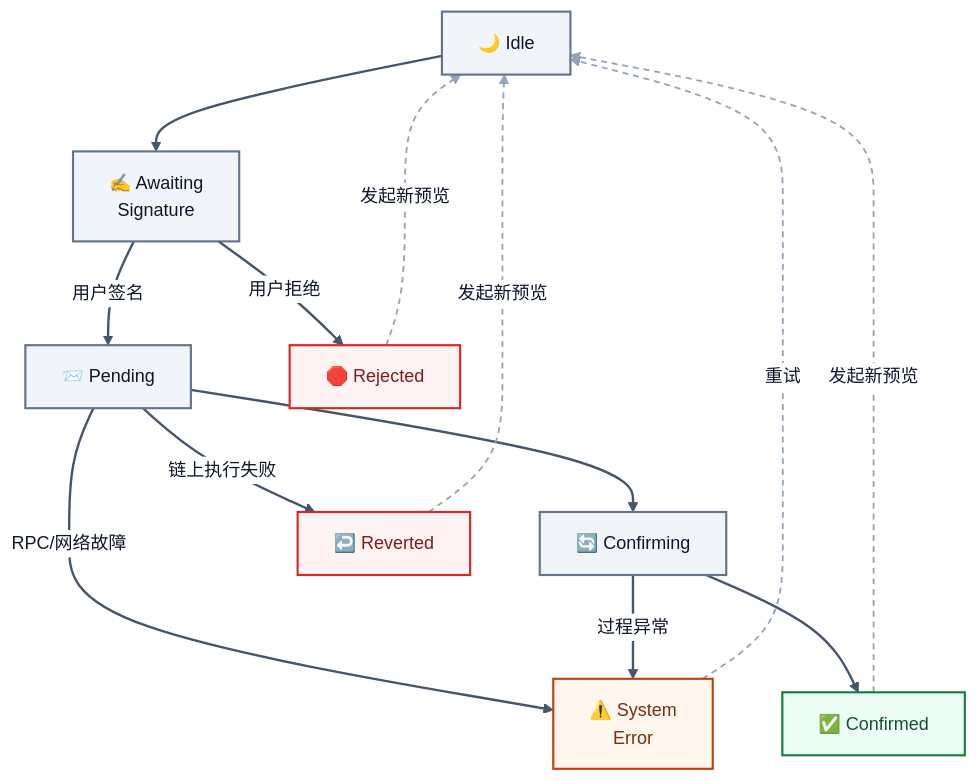
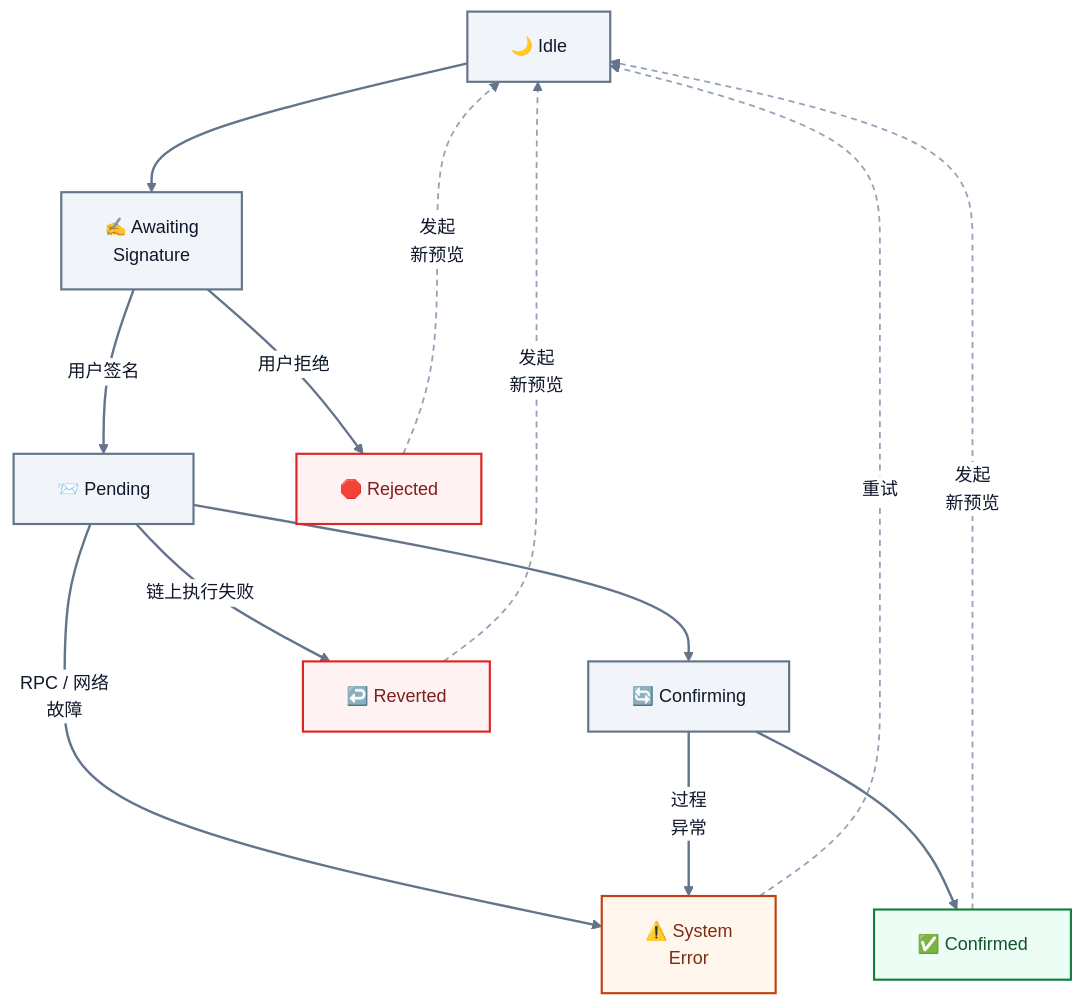
Before and after one commit to sunshineluyao/Moss-Mcp-Transaction: the seventh of 8 diagrams in README.md, drawn with Mermaid. The commit also changed other lines of this file, not shown here.

Commit message:
Polish Mermaid chart readability

````diff
--- a/README.md
+++ b/README.md
@@ -722,30 +722,30 @@
 ```mermaid
-%%{init: {'theme':'base','flowchart': {'htmlLabels': true, 'nodeSpacing': 48, 'rankSpacing': 64, 'curve': 'basis'},'themeVariables': {'fontFamily':'Inter, Segoe UI, sans-serif','fontSize':'15px','primaryTextColor':'#0f172a','lineColor':'#475569','clusterBkg':'#f8fafc','clusterBorder':'#cbd5e1','edgeLabelBackground':'#ffffff'}}}%%
+%%{init: {'theme':'base','flowchart': {'htmlLabels': true, 'nodeSpacing': 72, 'rankSpacing': 92, 'curve': 'basis', 'padding': 18},'themeVariables': {'fontFamily':'Inter, Segoe UI, sans-serif','fontSize':'15px','primaryTextColor':'#0f172a','lineColor':'#64748b','clusterBkg':'#f8fafc','clusterBorder':'#cbd5e1','edgeLabelBackground':'#ffffff','primaryBorderColor':'#2563eb','primaryColor':'#eff6ff'}}}%%
 flowchart TB
   Idle["🌙 Idle"] --> Awaiting["✍️ Awaiting<br/>Signature"]
   Awaiting -->|用户签名| Pending["📨 Pending"]
   Awaiting -->|用户拒绝| Rejected["🛑 Rejected"]
 
   Pending --> Confirming["🔄 Confirming"]
   Confirming --> Confirmed["✅ Confirmed"]
   Pending -->|链上执行失败| Reverted["↩️ Reverted"]
-  Pending -->|RPC/网络故障| SystemError["⚠️ System<br/>Error"]
-  Confirming -->|过程异常| SystemError
+  Pending -->|RPC / 网络<br/>故障| SystemError["⚠️ System<br/>Error"]
+  Confirming -->|过程<br/>异常| SystemError
 
-  Rejected -.->|发起新预览| Idle
-  Reverted -.->|发起新预览| Idle
+  Rejected -.->|发起<br/>新预览| Idle
+  Reverted -.->|发起<br/>新预览| Idle
   SystemError -.->|重试| Idle
-  Confirmed -.->|发起新预览| Idle
+  Confirmed -.->|发起<br/>新预览| Idle
 
   classDef neutral fill:#f1f5f9,stroke:#64748b,stroke-width:1.8px,color:#0f172a;
   classDef success fill:#ecfdf5,stroke:#15803d,stroke-width:1.8px,color:#14532d;
   classDef danger fill:#fef2f2,stroke:#dc2626,stroke-width:1.8px,color:#7f1d1d;
   classDef warn fill:#fff7ed,stroke:#c2410c,stroke-width:1.8px,color:#7c2d12;
 
   class Idle,Awaiting,Pending,Confirming neutral;
   class Confirmed success;
   class Rejected,Reverted danger;
   class SystemError warn;
   linkStyle 8,9,10,11 stroke:#94a3b8,stroke-width:1.5px,stroke-dasharray:5 4;
-  linkStyle default stroke-width:2px;
+  linkStyle default stroke:#64748b,stroke-width:2px;
 ```
````
